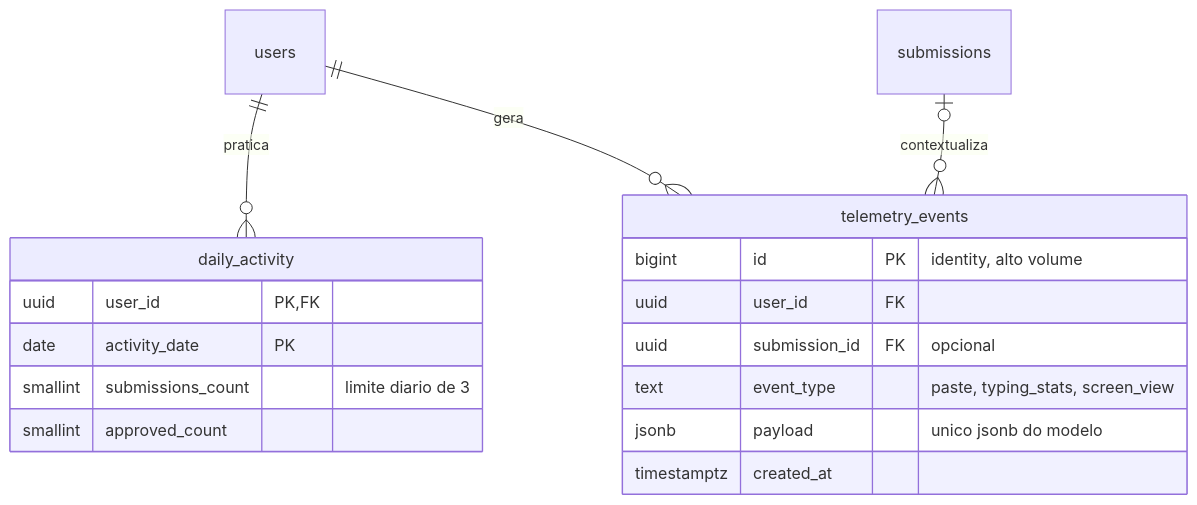
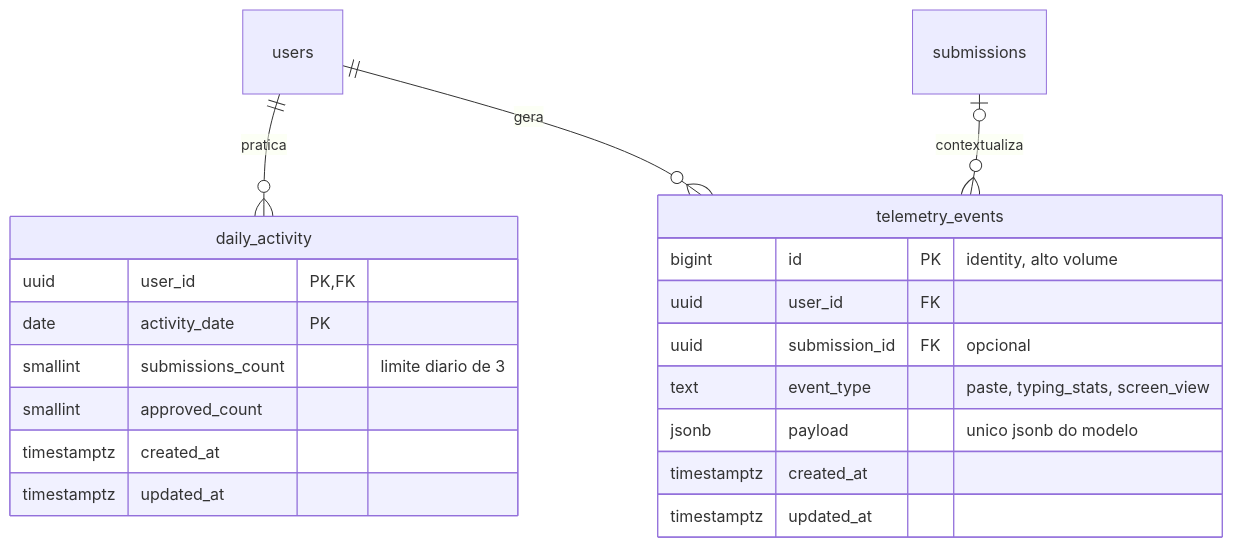
Before and after one commit to kaualimadesouza/argumenta-api: the fifth of 5 diagrams in docs/DER.md, drawn with Mermaid. The commit also changed other lines of this file, not shown here.

````diff
--- a/docs/DER.md
+++ b/docs/DER.md
@@ -268,20 +309,23 @@
 ```mermaid
 erDiagram
   daily_activity {
     uuid user_id PK,FK
     date activity_date PK
     smallint submissions_count "limite diario de 3"
     smallint approved_count
+    timestamptz created_at
+    timestamptz updated_at
   }
   telemetry_events {
     bigint id PK "identity, alto volume"
     uuid user_id FK
     uuid submission_id FK "opcional"
     text event_type "paste, typing_stats, screen_view"
     jsonb payload "unico jsonb do modelo"
     timestamptz created_at
+    timestamptz updated_at
   }
   users ||--o{ daily_activity : "pratica"
   users ||--o{ telemetry_events : "gera"
   submissions |o--o{ telemetry_events : "contextualiza"
 ```
````
